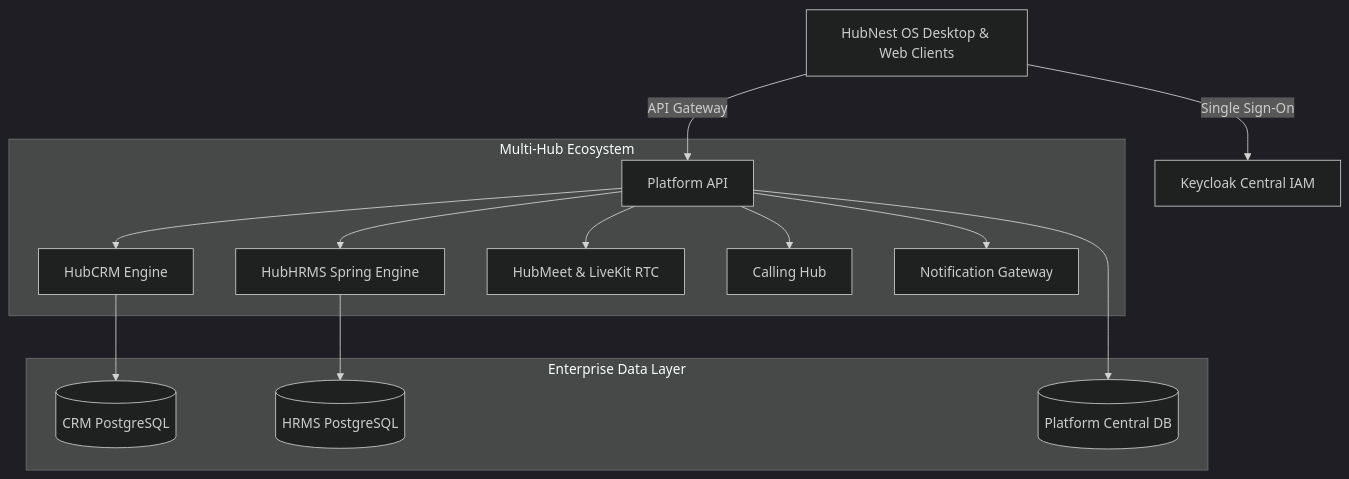
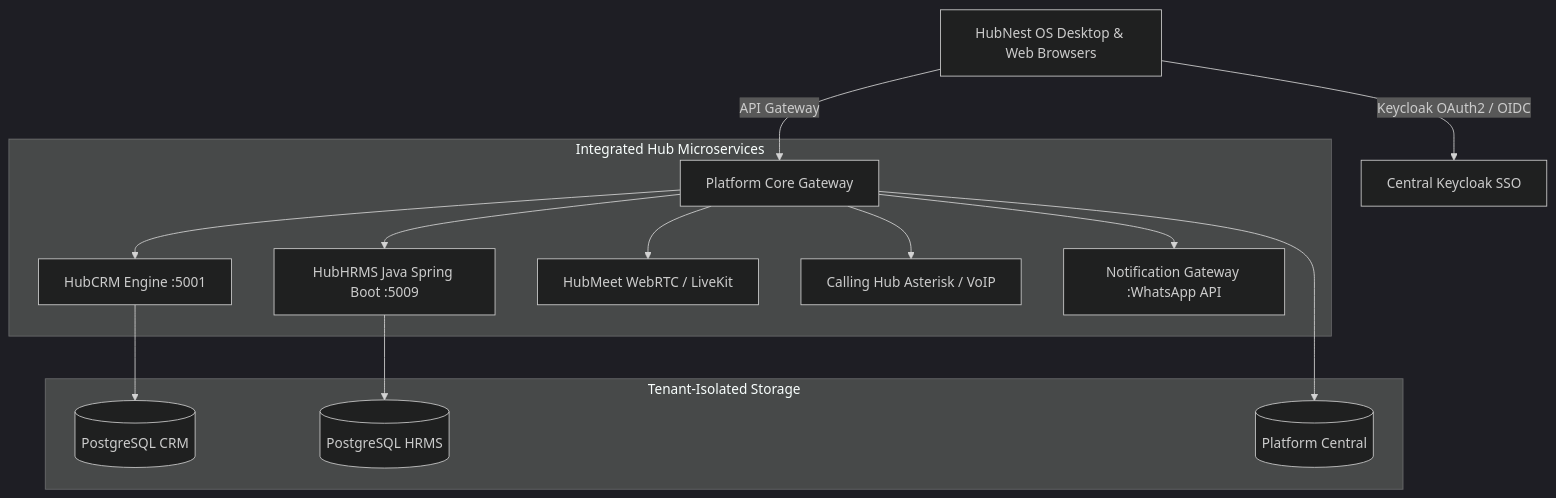
Before and after one commit to SRJ-GROUP/hubnest_user_guide: the diagram in docs/index.md, drawn with Mermaid (dark theme). The commit also changed other lines of this file, not shown here.

````diff
--- a/docs/index.md
+++ b/docs/index.md
@@ -161,19 +259,19 @@
 ```mermaid
 graph TD
-    Client[HubNest OS Desktop & Web Clients] -->|Single Sign-On| KC[Keycloak Central IAM]
-    Client -->|API Gateway| PlatApi[Platform API]
+    Client[HubNest OS Desktop & Web Browsers] -->|Keycloak OAuth2 / OIDC| IAM[Central Keycloak SSO]
+    Client -->|API Gateway| Gateway[Platform Core Gateway]
     
-    subgraph Multi-Hub Ecosystem
-        PlatApi --> CRM[HubCRM Engine]
-        PlatApi --> HRMS[HubHRMS Spring Engine]
-        PlatApi --> Meet[HubMeet & LiveKit RTC]
-        PlatApi --> Calling[Calling Hub]
-        PlatApi --> Notification[Notification Gateway]
+    subgraph Integrated Hub Microservices
+        Gateway --> CRM[HubCRM Engine :5001]
+        Gateway --> HRMS[HubHRMS Java Spring Boot :5009]
+        Gateway --> Meet[HubMeet WebRTC / LiveKit]
+        Gateway --> Call[Calling Hub Asterisk / VoIP]
+        Gateway --> Notif[Notification Gateway :WhatsApp API]
     end
     
-    subgraph Enterprise Data Layer
-        CRM --> CRM_DB[(CRM PostgreSQL)]
-        HRMS --> HRMS_DB[(HRMS PostgreSQL)]
-        PlatApi --> Plat_DB[(Platform Central DB)]
+    subgraph Tenant-Isolated Storage
+        CRM --> DB_CRM[(PostgreSQL CRM)]
+        HRMS --> DB_HRMS[(PostgreSQL HRMS)]
+        Gateway --> DB_PLAT[(Platform Central)]
     end
 ```
````
